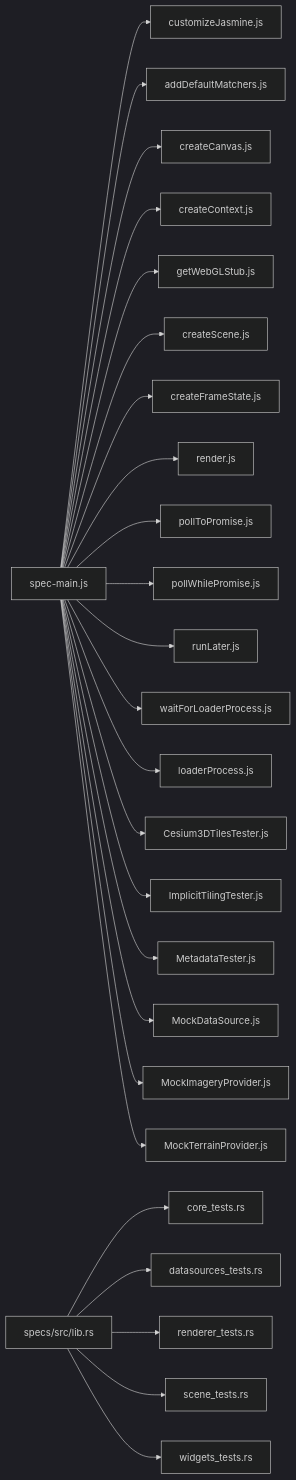
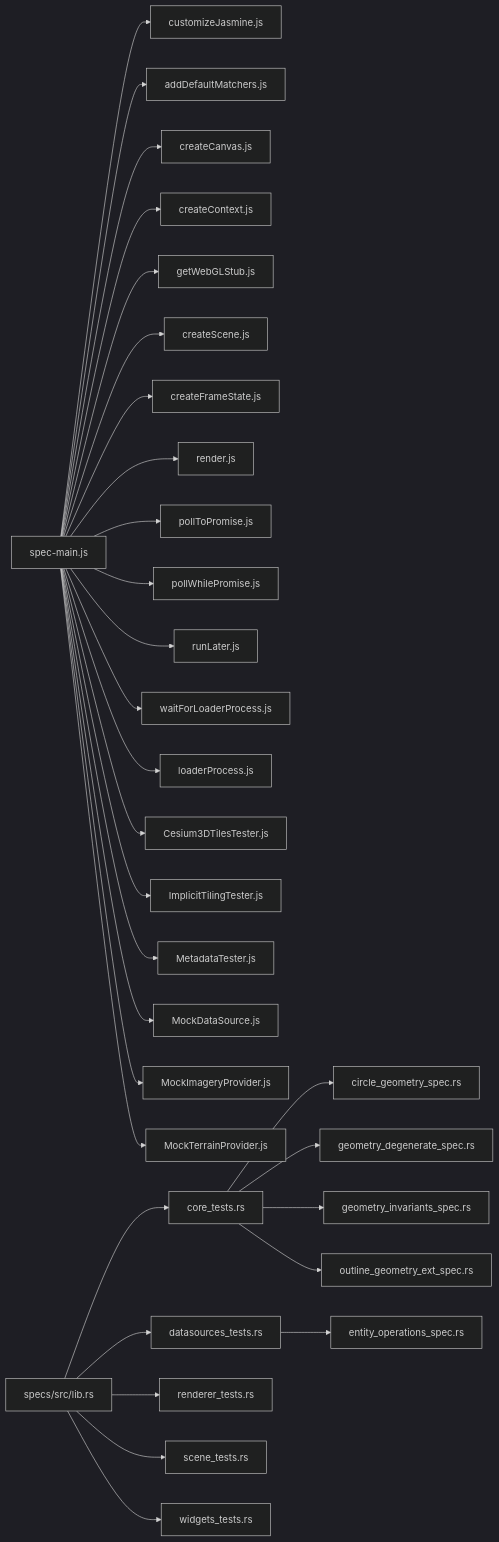
One commit to rzhangjing/cesium changed the ninth of 9 diagrams in .qoder/repowiki/zh/content/测试与调试/单元测试.md. Above: the diagram before and after it, drawn with Mermaid (dark theme). The commit also changed other lines of this file and 16 other files, not shown here.

````diff
--- a/.qoder/repowiki/zh/content/测试与调试/单元测试.md
+++ b/.qoder/repowiki/zh/content/测试与调试/单元测试.md
@@ -493,27 +633,32 @@
 ```mermaid
 graph LR
 SM["spec-main.js"] --> CJ["customizeJasmine.js"]
 SM --> AM["addDefaultMatchers.js"]
 SM --> CC["createCanvas.js"]
 SM --> CX["createContext.js"]
 SM --> GS["getWebGLStub.js"]
 SM --> CS["createScene.js"]
 SM --> CF["createFrameState.js"]
 SM --> R["render.js"]
 SM --> P["pollToPromise.js"]
 SM --> WP["pollWhilePromise.js"]
 SM --> RL["runLater.js"]
 SM --> WL["waitForLoaderProcess.js"]
 SM --> LP["loaderProcess.js"]
 SM --> T3D["Cesium3DTilesTester.js"]
 SM --> IT["ImplicitTilingTester.js"]
 SM --> MT["MetadataTester.js"]
 SM --> MSD["MockDataSource.js"]
 SM --> MIP["MockImageryProvider.js"]
 SM --> MTP["MockTerrainProvider.js"]
 RLib["specs/src/lib.rs"] --> CT["core_tests.rs"]
 RLib --> DT["datasources_tests.rs"]
 RLib --> RT["renderer_tests.rs"]
 RLib --> ST["scene_tests.rs"]
 RLib --> WT["widgets_tests.rs"]
+CT --> CGS["circle_geometry_spec.rs"]
+CT --> GDS["geometry_degenerate_spec.rs"]
+CT --> GIS["geometry_invariants_spec.rs"]
+CT --> OGES["outline_geometry_ext_spec.rs"]
+DT --> EOS["entity_operations_spec.rs"]
 ```
````
